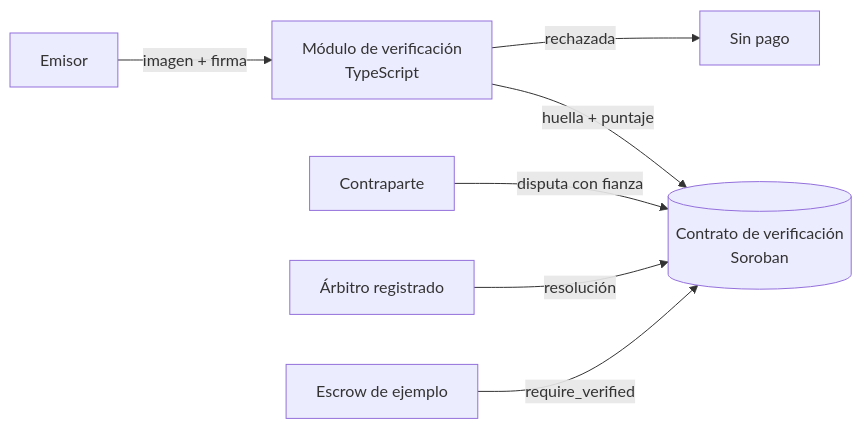
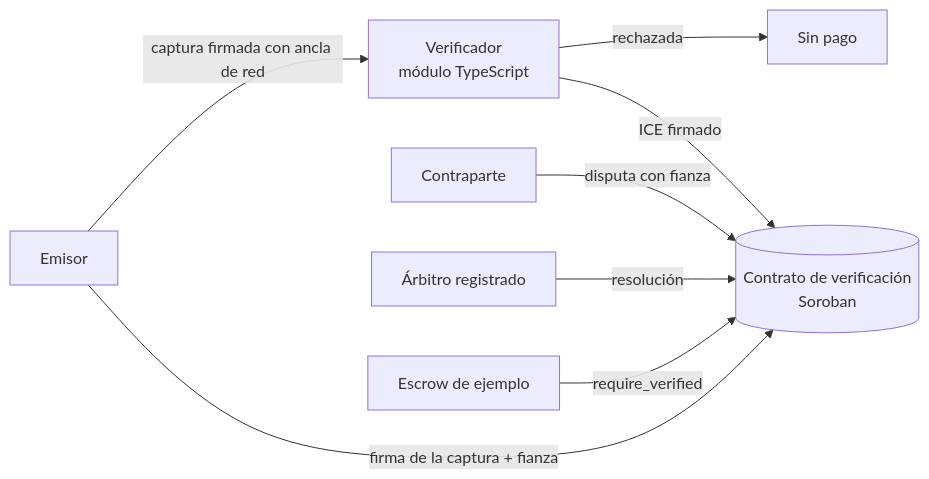
Before and after one commit to jfacundoayala/fidedigno: the diagram in docs/ARQUITECTURA.md, drawn with Mermaid. The commit also changed other lines of this file and 5 other files, not shown here.

Commit message:
Rediseñar el marco: captura firmada, índice de confianza y fianza proporcional

````diff
--- a/docs/ARQUITECTURA.md
+++ b/docs/ARQUITECTURA.md
@@ -5,9 +5,10 @@
 ```mermaid
 flowchart LR
-  E[Emisor] -->|imagen + firma| M[Módulo de verificación<br/>TypeScript]
-  M -->|rechazada| X[Sin pago]
-  M -->|huella + puntaje| C[(Contrato de verificación<br/>Soroban)]
+  E[Emisor] -->|captura firmada con ancla de red| V[Verificador<br/>módulo TypeScript]
+  V -->|rechazada| X[Sin pago]
+  E -->|firma de la captura + fianza| C[(Contrato de verificación<br/>Soroban)]
+  V -->|ICE firmado| C
   D[Contraparte] -->|disputa con fianza| C
   A[Árbitro registrado] -->|resolución| C
   S[Escrow de ejemplo] -->|require_verified| C
 ```
````
